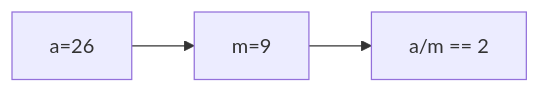
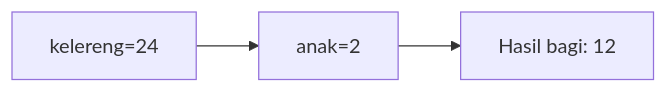
Diagram 15 of 25 in part-c-pemahaman-cpp/01-tipe-data/latihan/set-04.md (amnahwaida/OSNK_INF_PREP), drawn with Mermaid before and after one commit. The commit also changed other lines of this file and 71 other files, not shown here.

````diff
--- a/part-c-pemahaman-cpp/01-tipe-data/latihan/set-04.md
+++ b/part-c-pemahaman-cpp/01-tipe-data/latihan/set-04.md
@@ -400,5 +421,5 @@
 ```mermaid
 graph LR
-A["a=26"] --> B["m=9"]
-B --> C["a/m == 2"]
+A["kelereng=24"] --> B["anak=2"]
+B --> C["Hasil bagi: 12"]
 ```
````
